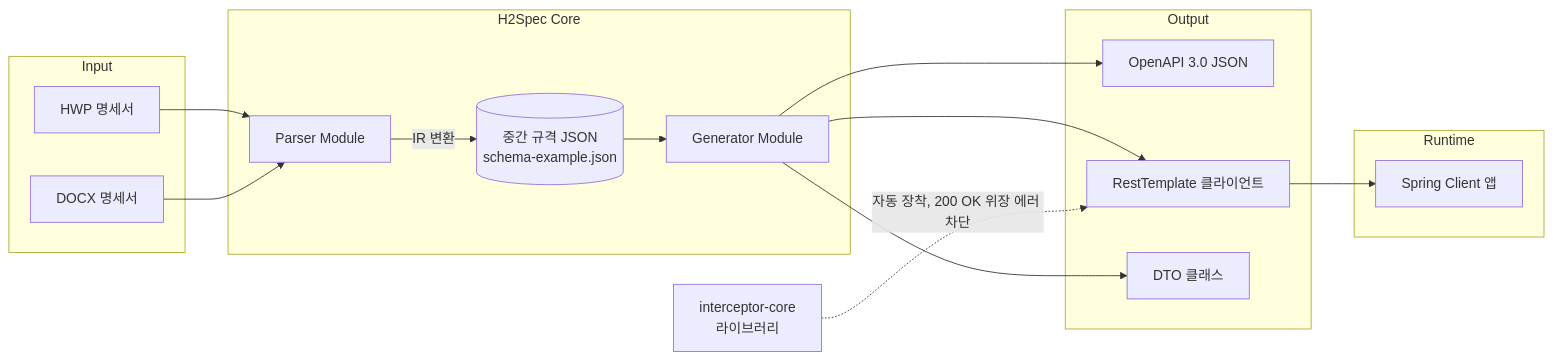
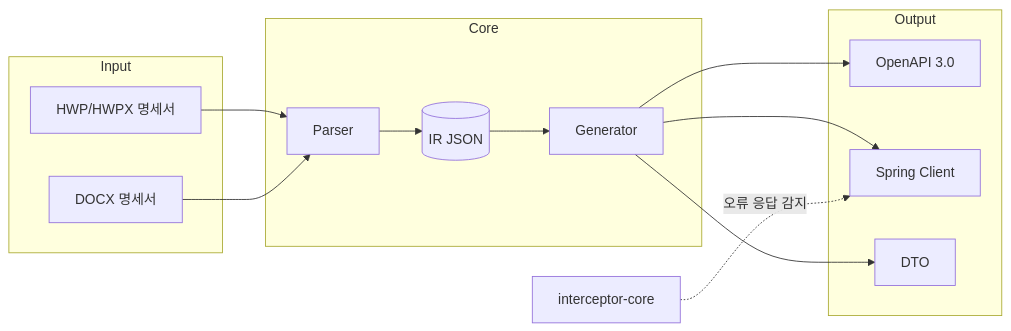
One commit to junu0305/H2Spec changed the diagram in README.md. Above: the diagram before and after it, drawn with Mermaid. The commit also changed other lines of this file, not shown here.

````diff
--- a/README.md
+++ b/README.md
@@ -32,36 +52,29 @@
 ```mermaid
 flowchart LR
     subgraph Input
-        A1[HWP 명세서]
+        A1[HWP/HWPX 명세서]
         A2[DOCX 명세서]
     end
 
-    subgraph H2Spec Core
-        B[Parser Module]
-        C[(중간 규격 JSON<br/>schema-example.json)]
-        D[Generator Module]
+    subgraph Core
+        B[Parser]
+        C[(IR JSON)]
+        D[Generator]
     end
 
     subgraph Output
-        E1[OpenAPI 3.0 JSON]
-        E2[RestTemplate 클라이언트]
-        E4[DTO 클래스]
+        E1[OpenAPI 3.0]
+        E2[Spring Client]
+        E3[DTO]
     end
-
-    I[interceptor-core<br/>라이브러리]
 
     A1 --> B
     A2 --> B
-    B -->|IR 변환| C
+    B --> C
     C --> D
     D --> E1
     D --> E2
-    D --> E4
+    D --> E3
 
-    subgraph Runtime
-        F[Spring Client 앱]
-    end
-
-    E2 --> F
-    I -.->|자동 장착, 200 OK 위장 에러 차단| E2
+    I[interceptor-core] -. 오류 응답 감지 .-> E2
 ```
````
